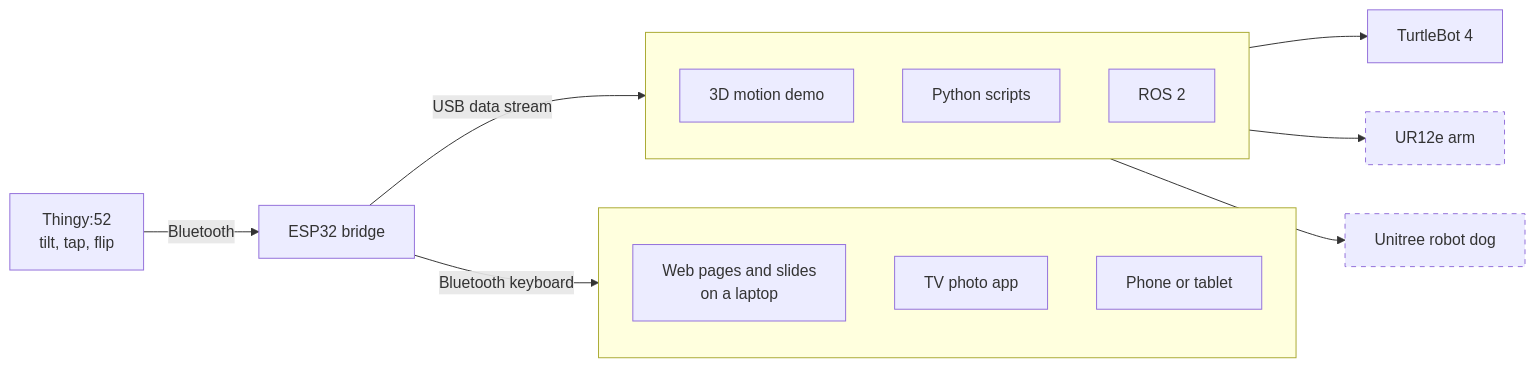
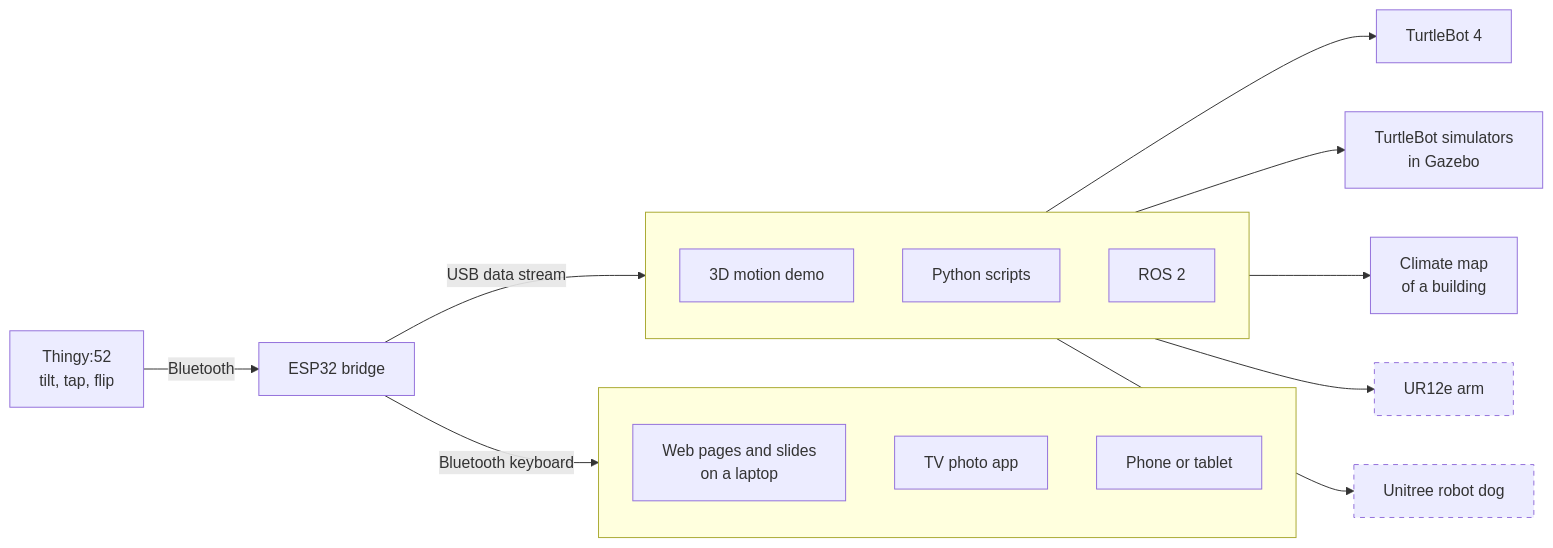
One commit to ShawnLiNU/thingy-bridge changed the diagram in README.md. Above: the diagram before and after it, drawn with Mermaid. The commit also changed other lines of this file and 11 other files, not shown here.

Commit message:
Thingy Bridge 1.1: room sensors, ROS 2 topics and climate map, network relay, simulator guide

````diff
--- a/README.md
+++ b/README.md
@@ -15,28 +15,30 @@
 ```mermaid
 flowchart LR
     thingy["Thingy:52<br/>tilt, tap, flip"] -- Bluetooth --> bridge["ESP32 bridge"]
 
     bridge -- "Bluetooth keyboard" --> keys
     bridge -- "USB data stream" --> stream
 
     subgraph keys [" "]
         direction TB
         laptop["Web pages and slides<br/>on a laptop"]
         tv["TV photo app"]
         phone["Phone or tablet"]
     end
 
     subgraph stream [" "]
         direction TB
         demo["3D motion demo"]
         python["Python scripts"]
         ros["ROS 2"]
     end
 
     ros --> turtlebot["TurtleBot 4"]
+    ros --> sim["TurtleBot simulators<br/>in Gazebo"]
+    ros --> climate["Climate map<br/>of a building"]
     ros --> arm["UR12e arm"]
     ros --> dog["Unitree robot dog"]
 
     classDef planned stroke-dasharray: 5 5
     class arm,dog planned
 ```
````
